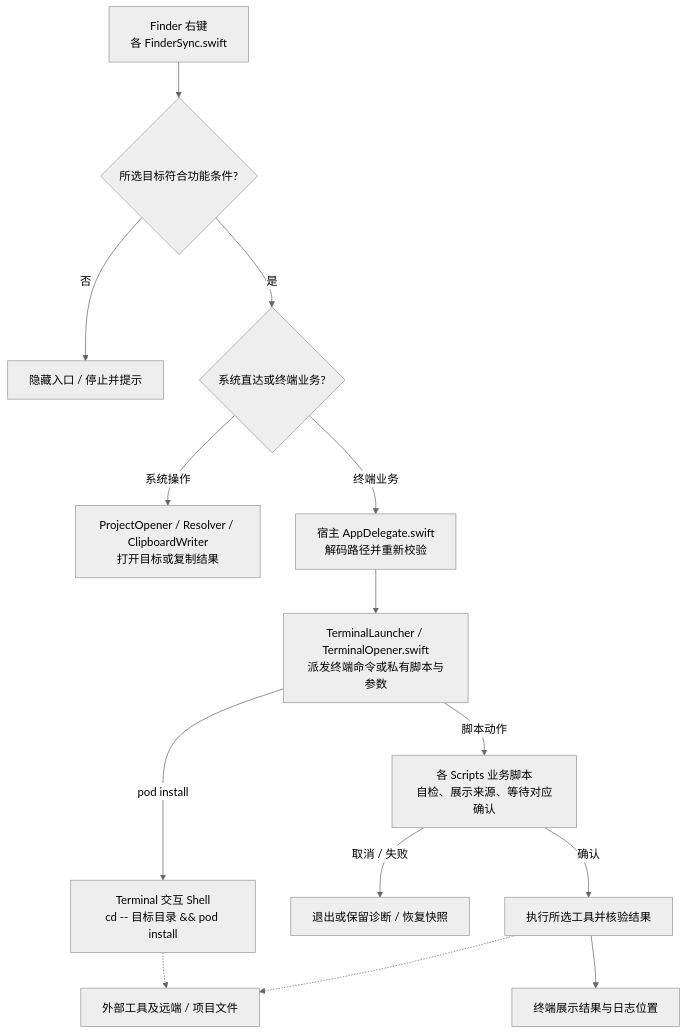
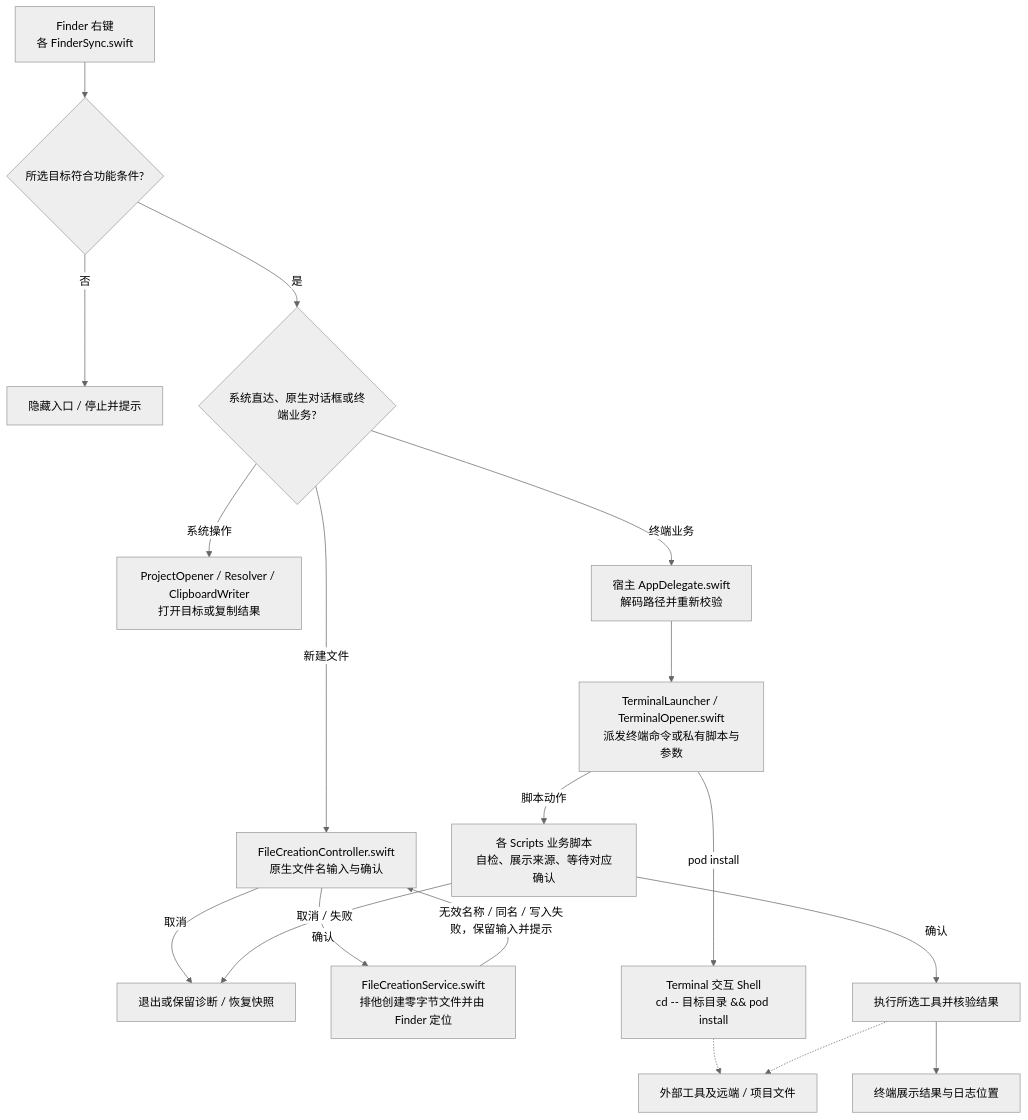
Before and after one commit to JobsKits/MacOS_Extension: the second of 3 diagrams in README.md, drawn with Mermaid (neutral theme). The commit also changed other lines of this file and 406 other files, not shown here.

````diff
--- a/README.md
+++ b/README.md
@@ -459,16 +489,20 @@
 ```mermaid
 flowchart TD
     A["Finder 右键<br/>各 FinderSync.swift"] --> B{"所选目标符合功能条件?"}
     B -->|否| C["隐藏入口 / 停止并提示"]
-    B -->|是| D{"系统直达或终端业务?"}
+    B -->|是| D{"系统直达、原生对话框或终端业务?"}
+    D -->|新建文件| M["FileCreationController.swift<br/>原生文件名输入与确认"]
+    M -->|取消| I
+    M -->|确认| N["FileCreationService.swift<br/>排他创建零字节文件并由 Finder 定位"]
+    N -->|无效名称 / 同名 / 写入失败，保留输入并提示| M
     D -->|系统操作| E["ProjectOpener / Resolver / ClipboardWriter<br/>打开目标或复制结果"]
     D -->|终端业务| F["宿主 AppDelegate.swift<br/>解码路径并重新校验"]
     F --> G["TerminalLauncher / TerminalOpener.swift<br/>派发终端命令或私有脚本与参数"]
     G -->|pod install| P["Terminal 交互 Shell<br/>cd -- 目标目录 && pod install"]
     P -.-> K
     G -->|脚本动作| H["各 Scripts 业务脚本<br/>自检、展示来源、等待对应确认"]
     H -->|取消 / 失败| I["退出或保留诊断 / 恢复快照"]
     H -->|确认| J["执行所选工具并核验结果"]
     J -.-> K["外部工具及远端 / 项目文件"]
     J --> L["终端展示结果与日志位置"]
 ```
````
